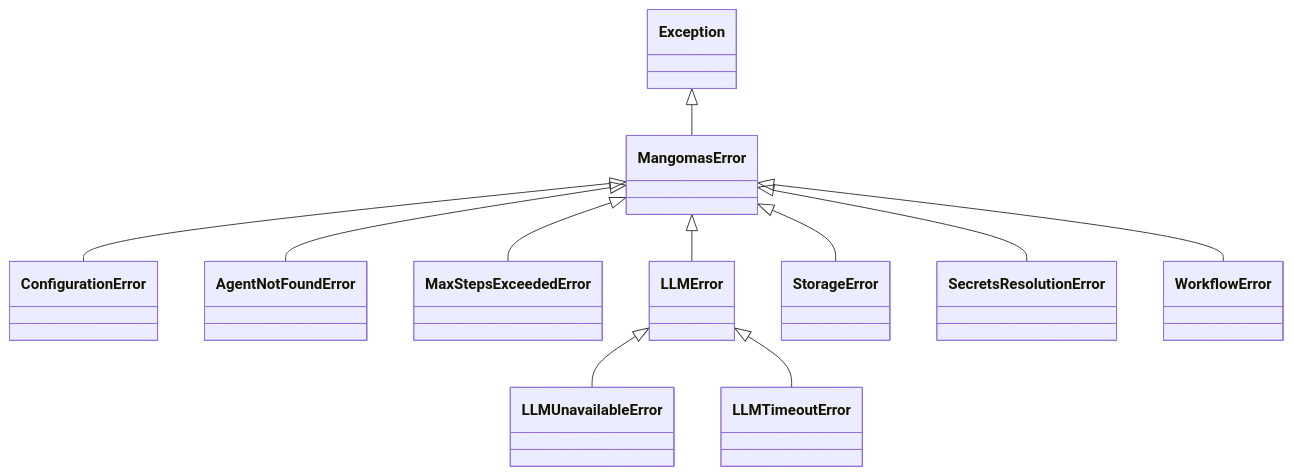
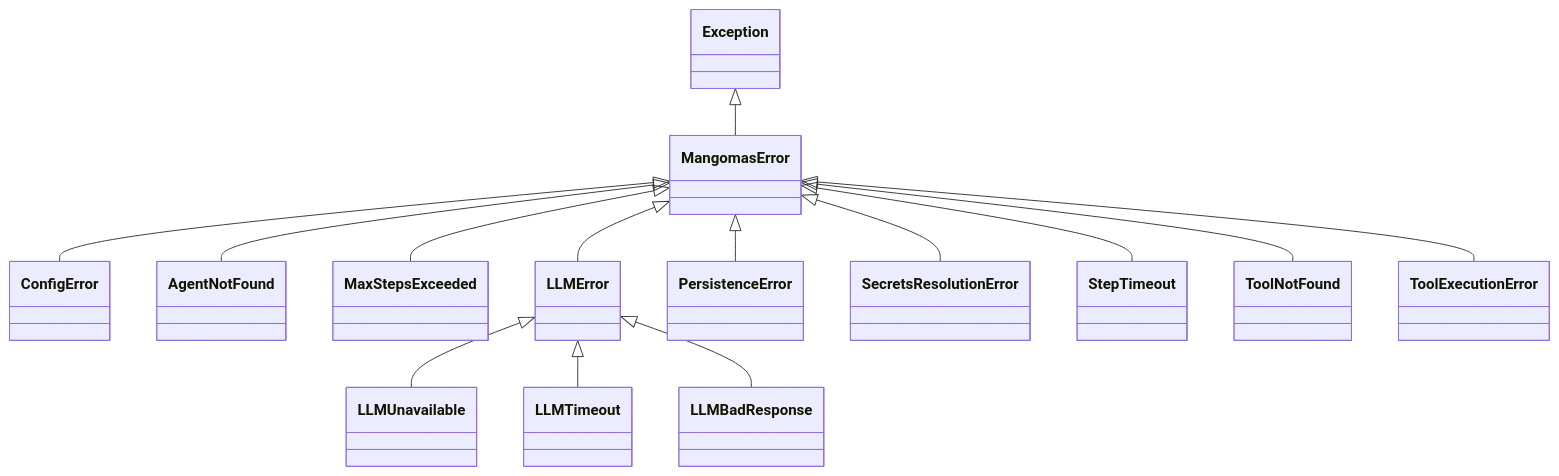
The third of 3 diagrams in docs/architecture/c4-code.md (Mango-Metrics-NLM/MangoMas_V2), drawn with Mermaid before and after one commit. The commit also changed other lines of this file and 6 other files, not shown here.

````diff
--- a/docs/architecture/c4-code.md
+++ b/docs/architecture/c4-code.md
@@ -210,25 +209,31 @@
 ```mermaid
 classDiagram
     class Exception
     class MangomasError
-    class ConfigurationError
-    class AgentNotFoundError
-    class MaxStepsExceededError
+    class ConfigError
+    class AgentNotFound
+    class MaxStepsExceeded
     class LLMError
-    class LLMUnavailableError
-    class LLMTimeoutError
-    class StorageError
+    class LLMUnavailable
+    class LLMTimeout
+    class LLMBadResponse
+    class PersistenceError
     class SecretsResolutionError
-    class WorkflowError
+    class StepTimeout
+    class ToolNotFound
+    class ToolExecutionError
 
     Exception <|-- MangomasError
-    MangomasError <|-- ConfigurationError
-    MangomasError <|-- AgentNotFoundError
-    MangomasError <|-- MaxStepsExceededError
+    MangomasError <|-- ConfigError
+    MangomasError <|-- AgentNotFound
+    MangomasError <|-- MaxStepsExceeded
     MangomasError <|-- LLMError
-    LLMError <|-- LLMUnavailableError
-    LLMError <|-- LLMTimeoutError
-    MangomasError <|-- StorageError
+    LLMError <|-- LLMUnavailable
+    LLMError <|-- LLMTimeout
+    LLMError <|-- LLMBadResponse
+    MangomasError <|-- PersistenceError
     MangomasError <|-- SecretsResolutionError
-    MangomasError <|-- WorkflowError
+    MangomasError <|-- StepTimeout
+    MangomasError <|-- ToolNotFound
+    MangomasError <|-- ToolExecutionError
 ```
````
